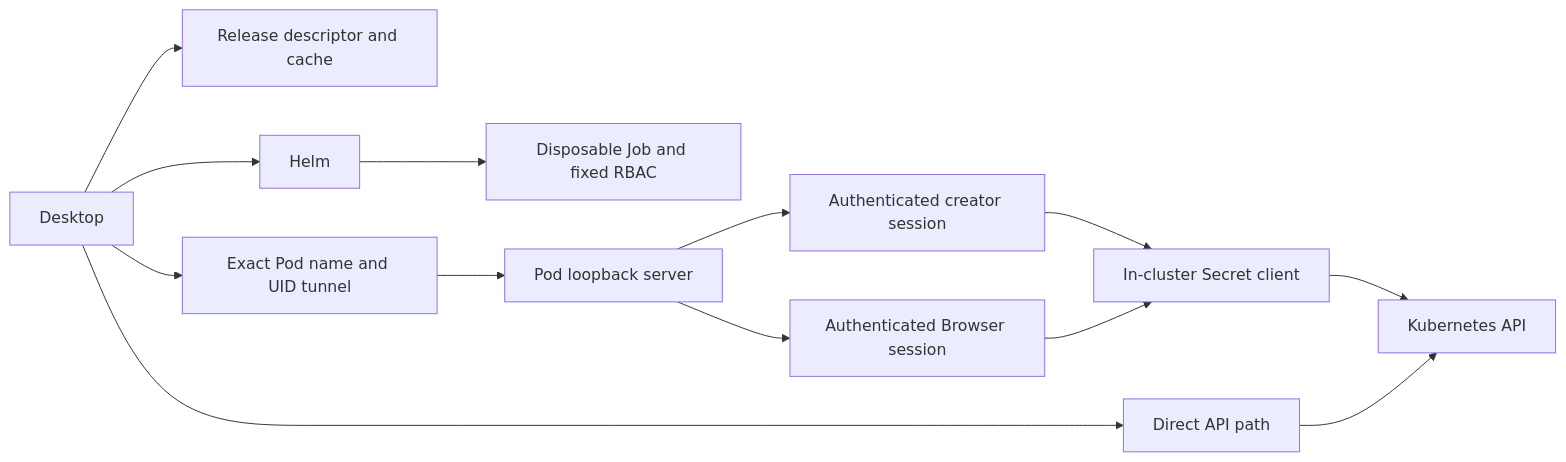
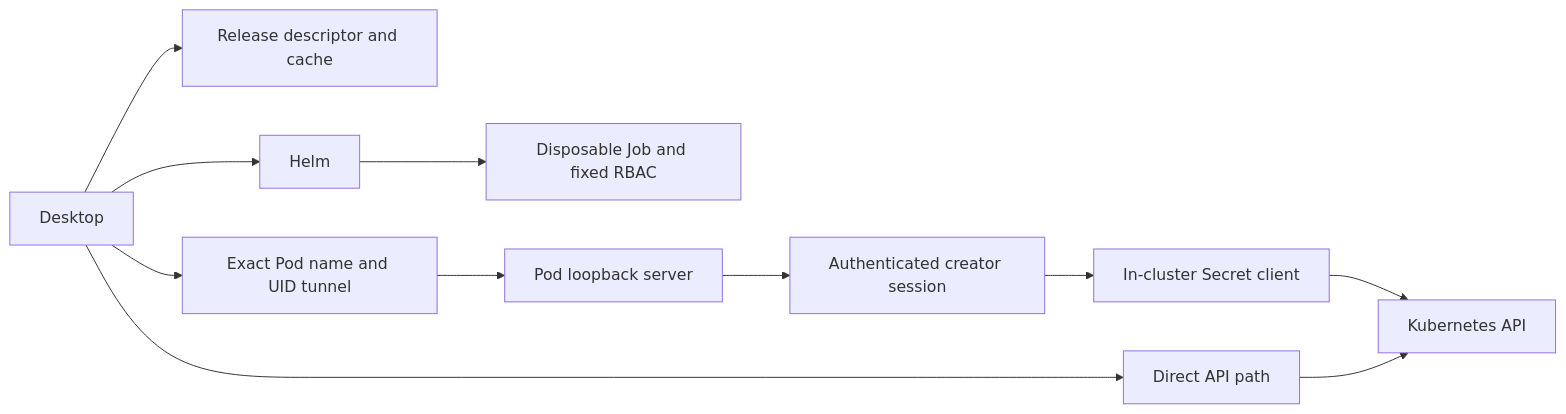
One commit to SkrobyLabs/kubikles changed the diagram in docs/accelerator/architecture.md. Above: the diagram before and after it, drawn with Mermaid. The commit also changed other lines of this file and 113 other files, not shown here.

````diff
--- a/docs/accelerator/architecture.md
+++ b/docs/accelerator/architecture.md
@@ -7,15 +7,13 @@
 ```mermaid
 flowchart LR
   D[Desktop] --> R[Release descriptor and cache]
   D --> H[Helm]
   H --> J[Disposable Job and fixed RBAC]
   D --> T[Exact Pod name and UID tunnel]
   T --> L[Pod loopback server]
   L --> C[Authenticated creator session]
-  L --> B[Authenticated Browser session]
   C --> S[In-cluster Secret client]
-  B --> S
   S --> K[Kubernetes API]
   D --> X[Direct API path]
   X --> K
 ```
````
